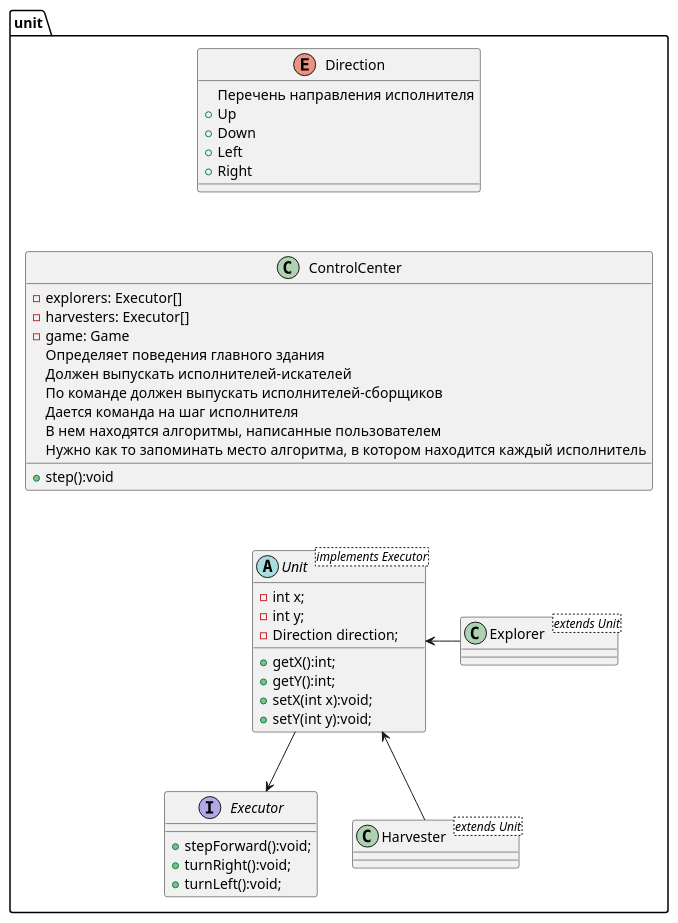
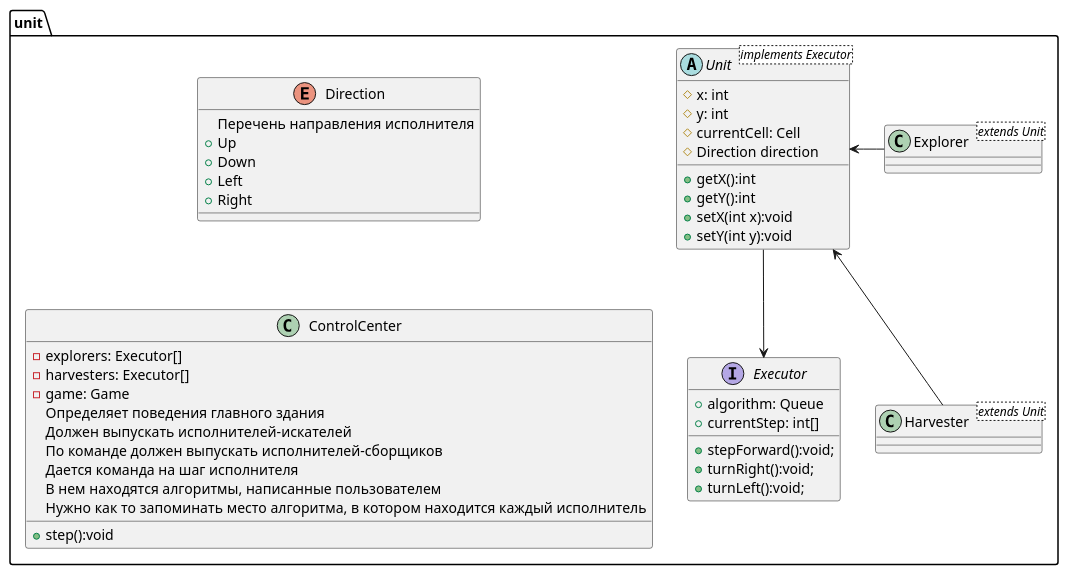
One commit to Wofik29/MultipleExecutors changed the diagram in uml/Unit.puml. Above: the diagram before and after it, drawn with PlantUML. The commit also changed 2 other files, not shown here.

Commit message:
update uml

```diff
--- a/uml/Unit.puml
+++ b/uml/Unit.puml
@@ -1,59 +1,61 @@
 @startuml
 
 package unit {
-    interface Executor{
+    interface Executor {
+        +algorithm: Queue
+        +currentStep: int[]
     	+stepForward():void;
     	+turnRight():void;
     	+turnLeft():void;
     }
 
 
     Enum Direction {
     Перечень направления исполнителя
         +Up
         +Down
         +Left
         +Right
     }
 
     abstract class Unit <implements Executor> {
-        -int x;
-        -int y;
-        -Direction direction;
+        #x: int
+        #y: int
+        #currentCell: Cell
+        #Direction direction
 
-        +getX():int;
-        +getY():int;
-        +setX(int x):void;
-        +setY(int y):void;
+        +getX():int
+        +getY():int
+        +setX(int x):void
+        +setY(int y):void
     }
 
     class Explorer <extends Unit> {
 
     }
 
     class Harvester <extends Unit> {
 
     }
 
     class ControlCenter {
         -explorers: Executor[]
         -harvesters: Executor[]
         -game: Game
         +step():void
         Определяет поведения главного здания
         Должен выпускать исполнителей-искателей
         По команде должен выпускать исполнителей-сборщиков
         Дается команда на шаг исполнителя
         В нем находятся алгоритмы, написанные пользователем
         Нужно как то запоминать место алгоритма, в котором находится каждый исполнитель
     }
 
     Direction -[hidden]- ControlCenter
-    Unit -[hidden]u- ControlCenter
 
     Unit --> Executor
     Explorer -l-> Unit
     Harvester -u-> Unit
 }
 
 @enduml
```
